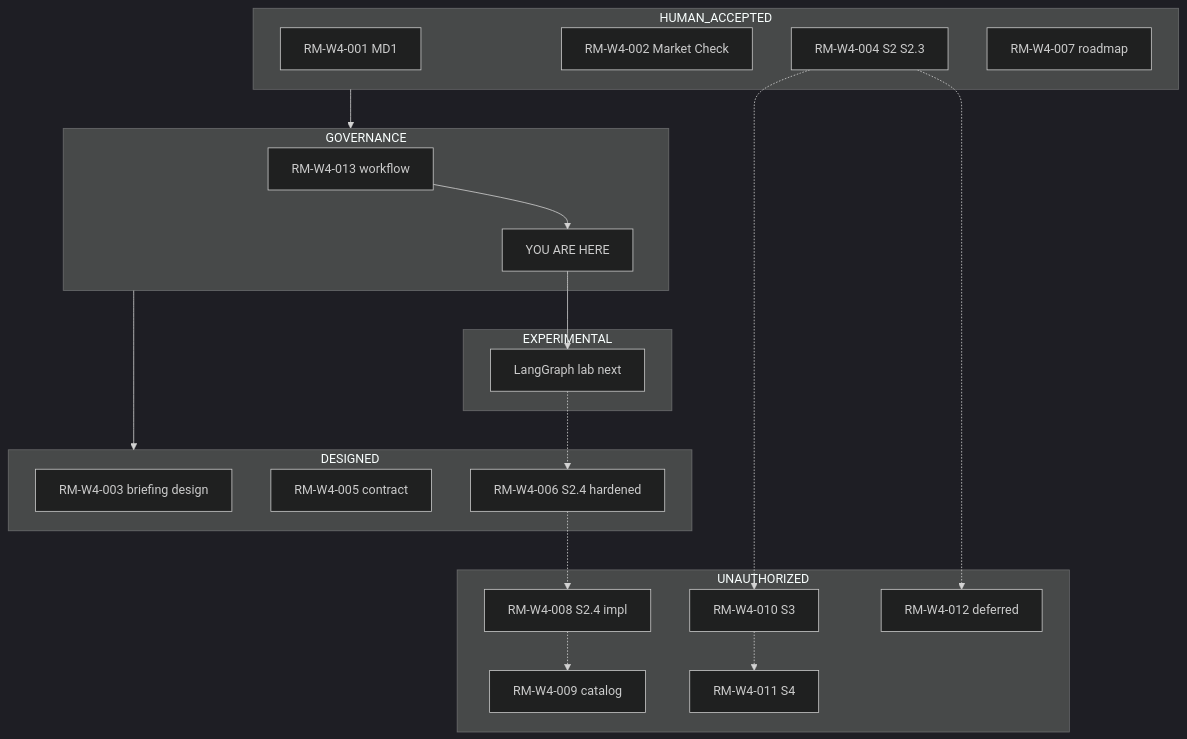
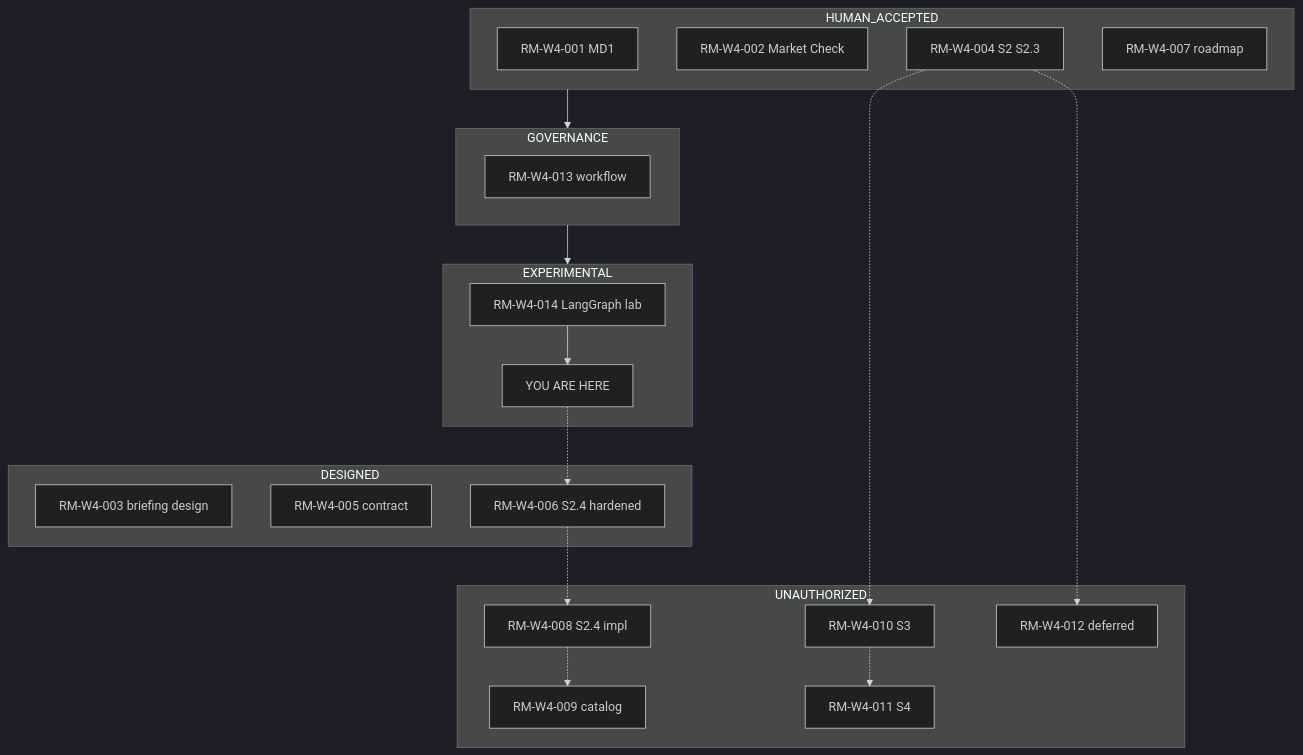
One commit to PSM44/wings4.0 changed the first of 6 diagrams in PORTFOLIO.ROADMAP.md. Above: the diagram before and after it, drawn with Mermaid (dark theme). The commit also changed other lines of this file and 29 other files, not shown here.

````diff
--- a/PORTFOLIO.ROADMAP.md
+++ b/PORTFOLIO.ROADMAP.md
@@ -84,38 +84,37 @@
 ```mermaid
 flowchart TD
   subgraph Acc[HUMAN_ACCEPTED]
     R1[RM-W4-001 MD1]
     R2[RM-W4-002 Market Check]
     R4[RM-W4-004 S2 S2.3]
     R7[RM-W4-007 roadmap]
   end
   subgraph Gov[GOVERNANCE]
     R13[RM-W4-013 workflow]
-    Here[YOU ARE HERE]
   end
   subgraph Des[DESIGNED]
     R3[RM-W4-003 briefing design]
     R5[RM-W4-005 contract]
     R6[RM-W4-006 S2.4 hardened]
   end
   subgraph Exp[EXPERIMENTAL]
-    Lab[LangGraph lab next]
+    R14[RM-W4-014 LangGraph lab]
+    Here[YOU ARE HERE]
   end
   subgraph Later[UNAUTHORIZED]
     R8[RM-W4-008 S2.4 impl]
     R9[RM-W4-009 catalog]
     R10[RM-W4-010 S3]
     R11[RM-W4-011 S4]
     R12[RM-W4-012 deferred]
   end
   Acc --> Gov
-  Gov --> Des
-  R13 --> Here
-  Here --> Lab
-  Lab -.-> R6
+  Gov --> Exp
+  R14 --> Here
+  Here -.-> R6
   R6 -.-> R8
   R8 -.-> R9
   R4 -.-> R10
   R10 -.-> R11
   R4 -.-> R12
 ```
````
